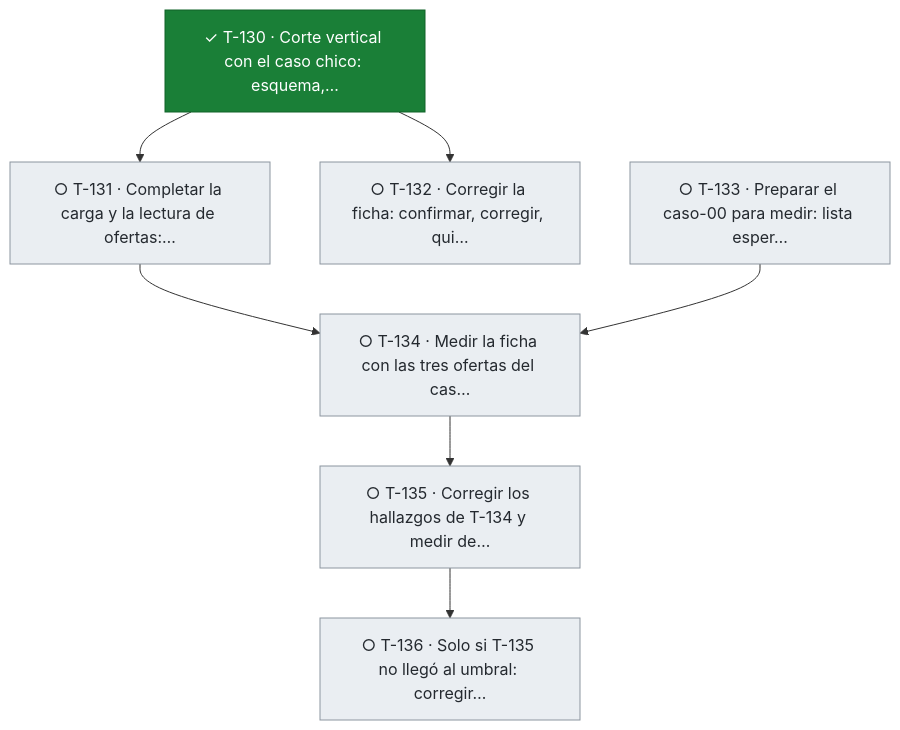
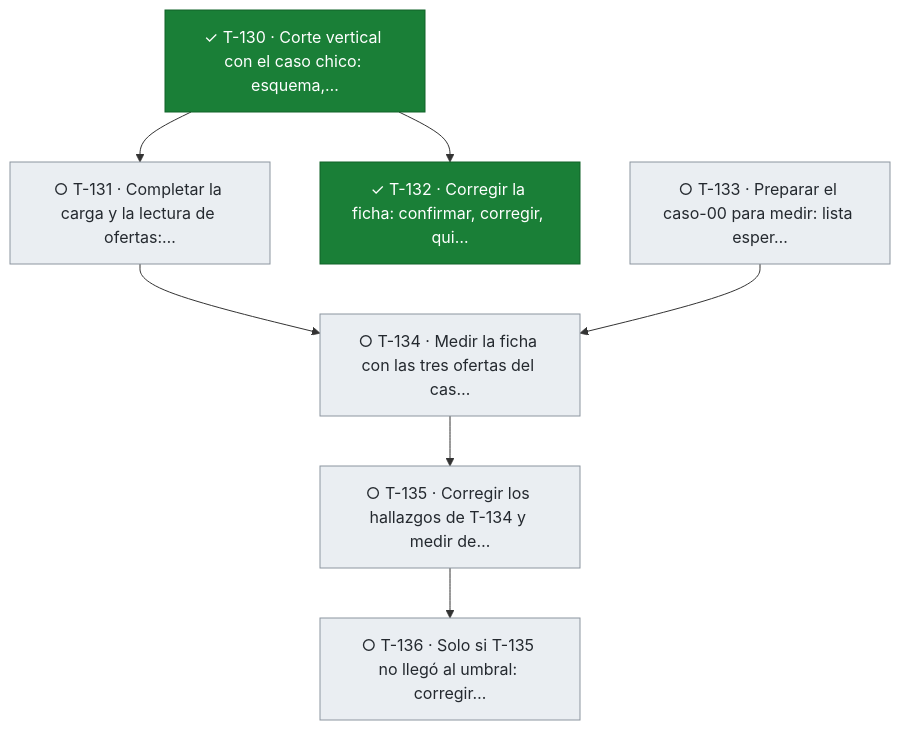
Before and after one commit to snavello/EVALUON: the seventh of 7 diagrams in docs/tablero.md, drawn with Mermaid. The commit also changed other lines of this file and 1 other file, not shown here.

````diff
--- a/docs/tablero.md
+++ b/docs/tablero.md
@@ -670,21 +670,21 @@
 ```mermaid
 flowchart TD
   T130["✓ T-130 · Corte vertical con el caso chico: esquema,…"]:::done
   T131["○ T-131 · Completar la carga y la lectura de ofertas:…"]:::todo
-  T132["○ T-132 · Corregir la ficha: confirmar, corregir, qui…"]:::todo
+  T132["✓ T-132 · Corregir la ficha: confirmar, corregir, qui…"]:::done
   T133["○ T-133 · Preparar el caso-00 para medir: lista esper…"]:::todo
   T134["○ T-134 · Medir la ficha con las tres ofertas del cas…"]:::todo
   T135["○ T-135 · Corregir los hallazgos de T-134 y medir de…"]:::todo
   T136["○ T-136 · Solo si T-135 no llegó al umbral: corregir…"]:::todo
   T130 --> T131
   T130 --> T132
   T131 --> T134
   T133 --> T134
   T134 --> T135
   T135 --> T136
   classDef done fill:#1a7f37,stroke:#116329,color:#ffffff
   classDef review fill:#0969da,stroke:#0550ae,color:#ffffff
   classDef active fill:#bf8700,stroke:#7d4e00,color:#ffffff
   classDef blocked fill:#cf222e,stroke:#a40e26,color:#ffffff
   classDef todo fill:#eaeef2,stroke:#8c959f,color:#24292f
 ```
````
